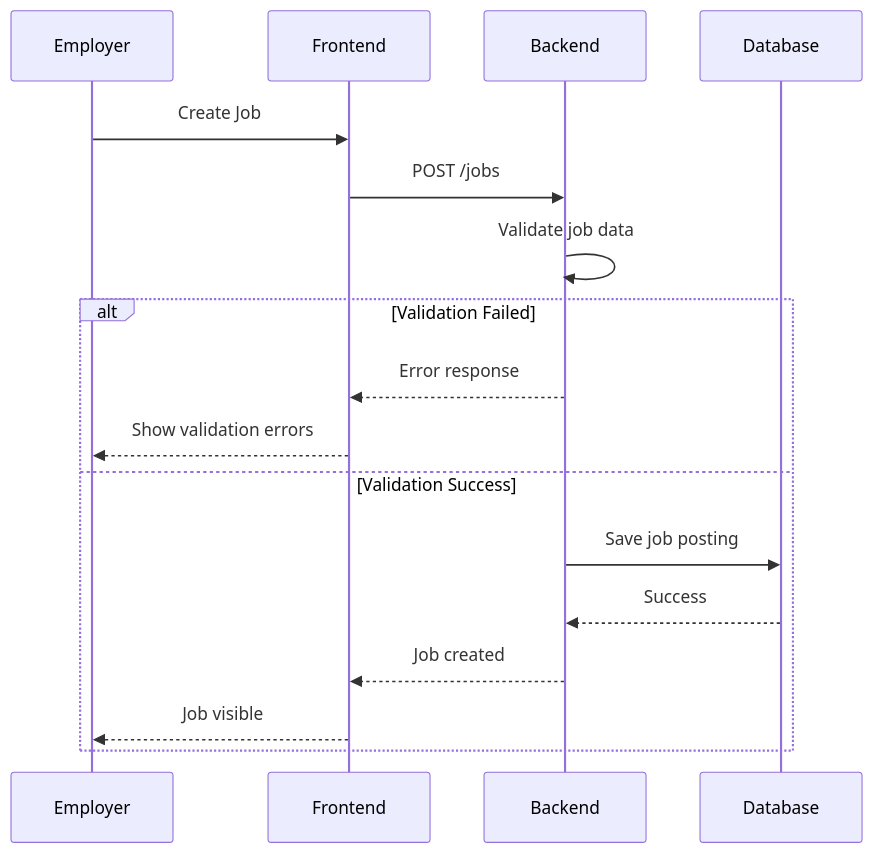
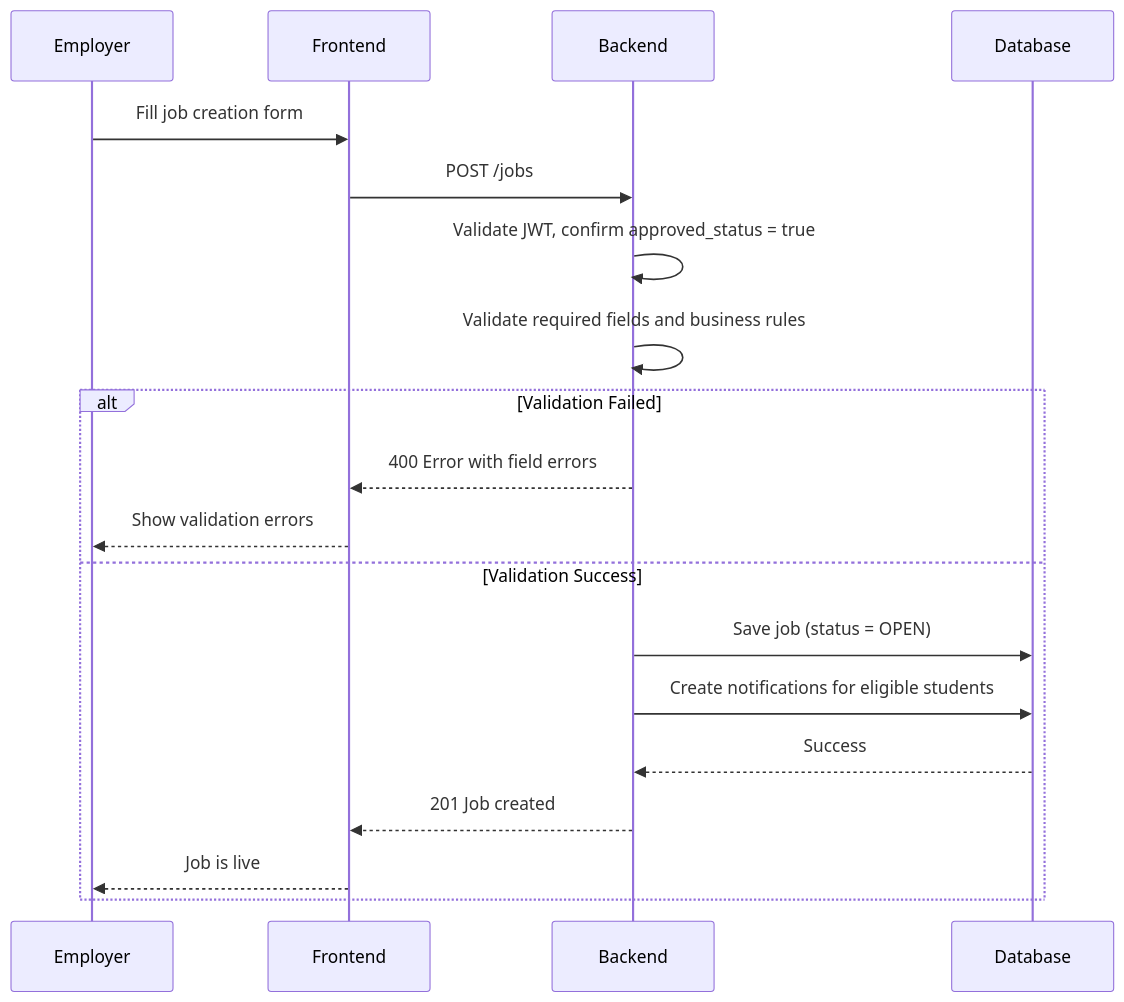
One commit to Fahim-004/Team_04_JavaFS changed the seventh of 9 diagrams in instructions/Documentation/Sequence_diagrams.md. Above: the diagram before and after it, drawn with Mermaid. The commit also changed other lines of this file, not shown here.

First line of the commit message:
Revise sequence diagrams for clarity and updates

````diff
--- a/instructions/Documentation/Sequence_diagrams.md
+++ b/instructions/Documentation/Sequence_diagrams.md
@@ -68,23 +216,24 @@
 ```mermaid
 sequenceDiagram
-
     participant Employer
     participant Frontend
     participant Backend
     participant Database
 
-    Employer->>Frontend: Create Job
+    Employer->>Frontend: Fill job creation form
     Frontend->>Backend: POST /jobs
 
-    Backend->>Backend: Validate job data
+    Backend->>Backend: Validate JWT, confirm approved_status = true
+    Backend->>Backend: Validate required fields and business rules
 
     alt Validation Failed
-        Backend-->>Frontend: Error response
+        Backend-->>Frontend: 400 Error with field errors
         Frontend-->>Employer: Show validation errors
     else Validation Success
-        Backend->>Database: Save job posting
+        Backend->>Database: Save job (status = OPEN)
+        Backend->>Database: Create notifications for eligible students
         Database-->>Backend: Success
-        Backend-->>Frontend: Job created
-        Frontend-->>Employer: Job visible
+        Backend-->>Frontend: 201 Job created
+        Frontend-->>Employer: Job is live
     end
 ```
````
